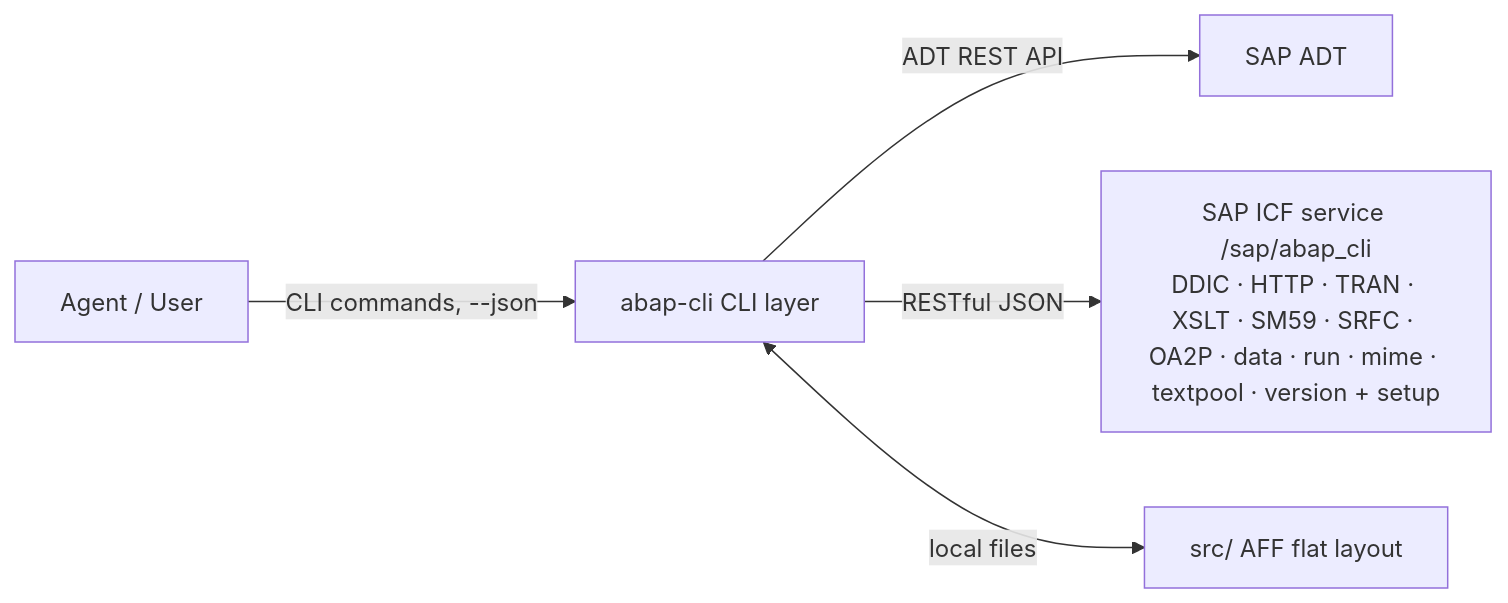
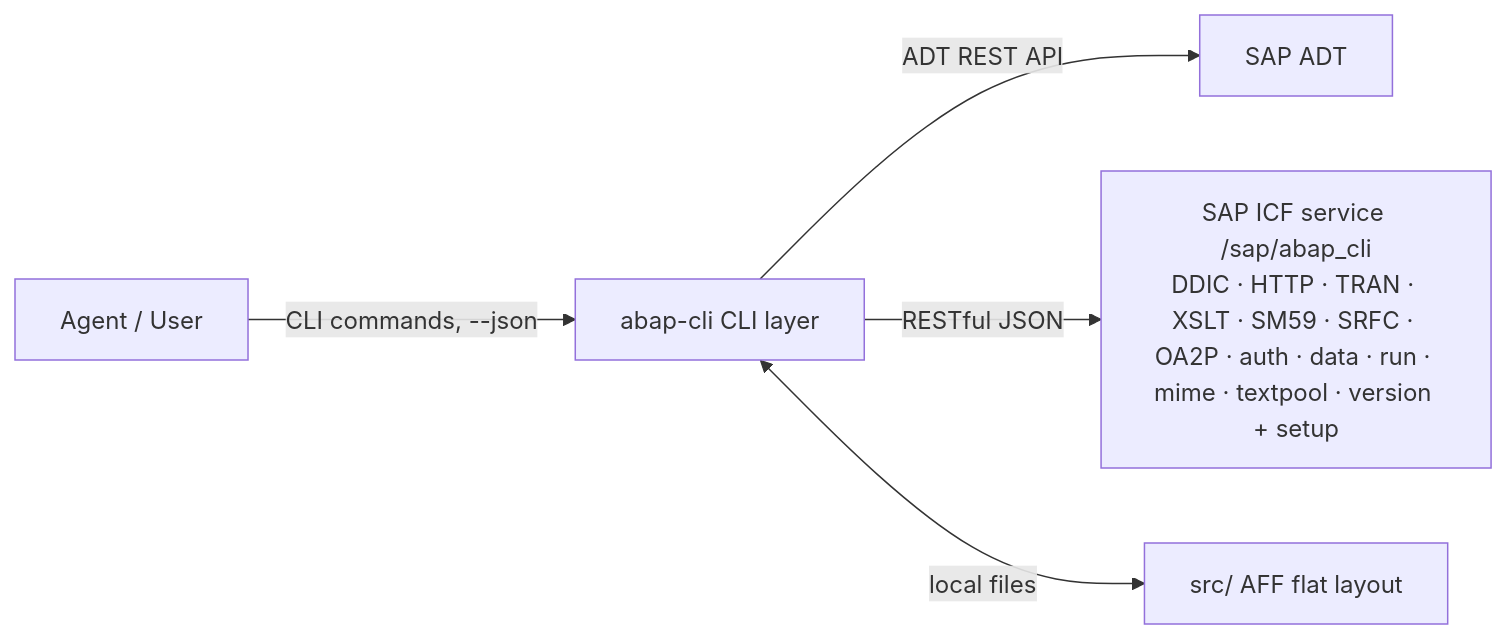
The diagram in docs/architecture.md (chunrichi/abap-cli), drawn with Mermaid before and after one commit. The commit also changed other lines of this file and 78 other files, not shown here.

````diff
--- a/docs/architecture.md
+++ b/docs/architecture.md
@@ -13,7 +13,7 @@
 ```mermaid
 graph LR
     A[Agent / User] -->|CLI commands, --json| C[abap-cli CLI layer]
     C -->|ADT REST API| S1[SAP ADT]
-    C -->|RESTful JSON| S2[SAP ICF service /sap/abap_cli<br/>DDIC · HTTP · TRAN · XSLT · SM59 · SRFC · OA2P · data · run · mime · textpool · version + setup]
+    C -->|RESTful JSON| S2[SAP ICF service /sap/abap_cli<br/>DDIC · HTTP · TRAN · XSLT · SM59 · SRFC · OA2P · auth · data · run · mime · textpool · version + setup]
     C <-->|local files| F[src/ AFF flat layout]
 ```
````
